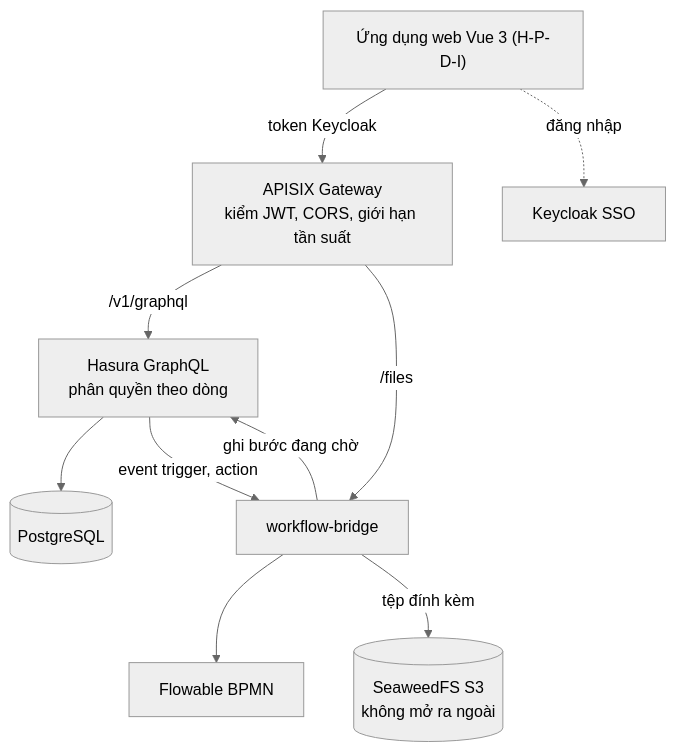
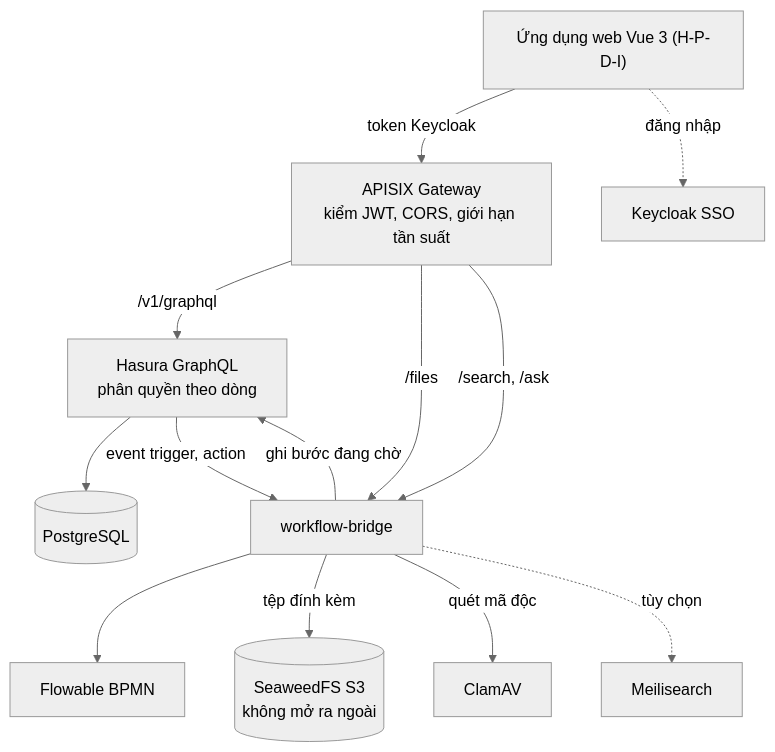
The diagram in docs/architecture.md (ngophatneknha/OLP-MNM), drawn with Mermaid (neutral theme) before and after one commit. The commit also changed other lines of this file and 10 other files, not shown here.

````diff
--- a/docs/architecture.md
+++ b/docs/architecture.md
@@ -8,11 +8,14 @@
 ```mermaid
 flowchart TB
   UI["Ứng dụng web Vue 3 (H-P-D-I)"] -- "token Keycloak" --> GW["APISIX Gateway<br/>kiểm JWT, CORS, giới hạn tần suất"]
   UI -. đăng nhập .-> KC["Keycloak SSO"]
   GW -- "/v1/graphql" --> HS["Hasura GraphQL<br/>phân quyền theo dòng"] --> PG[("PostgreSQL")]
   GW -- "/files" --> BR["workflow-bridge"]
   HS -- "event trigger, action" --> BR
   BR --> FL["Flowable BPMN"]
   BR -- "ghi bước đang chờ" --> HS
   BR -- "tệp đính kèm" --> S3[("SeaweedFS S3<br/>không mở ra ngoài")]
+  BR -- "quét mã độc" --> AV["ClamAV"]
+  GW -- "/search, /ask" --> BR
+  BR -. "tùy chọn" .-> MS["Meilisearch"]
 ```
````
